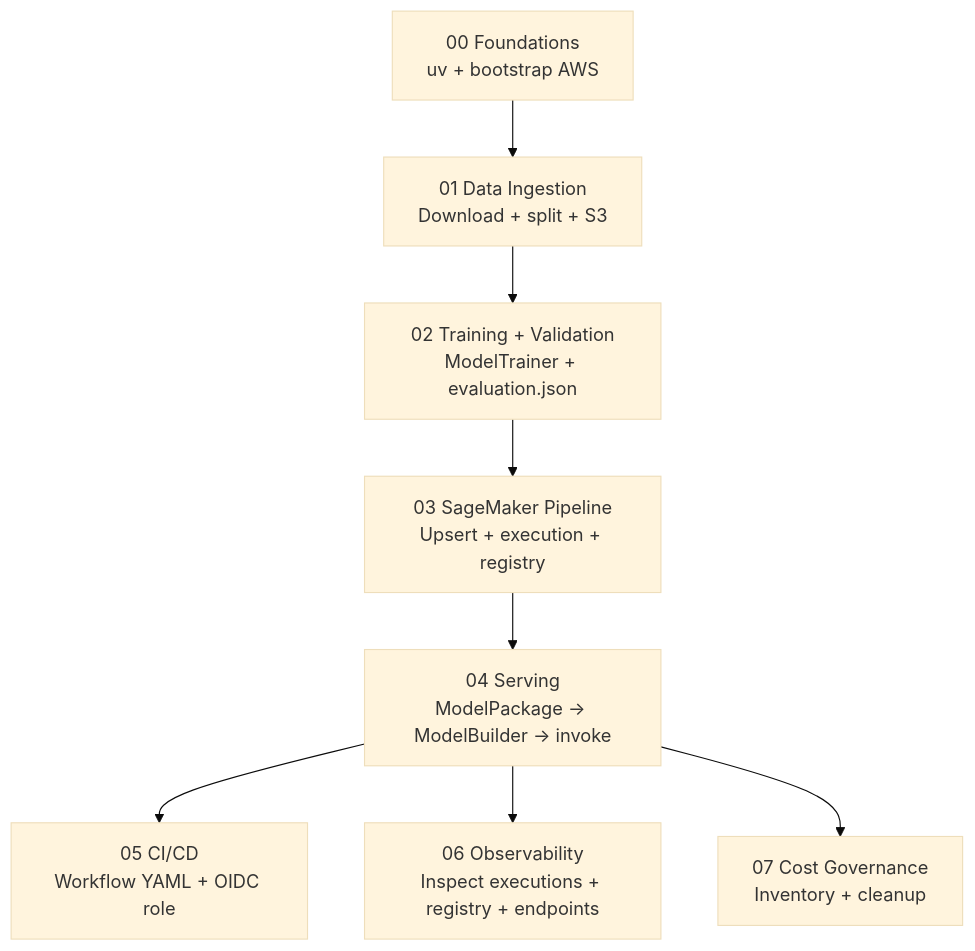
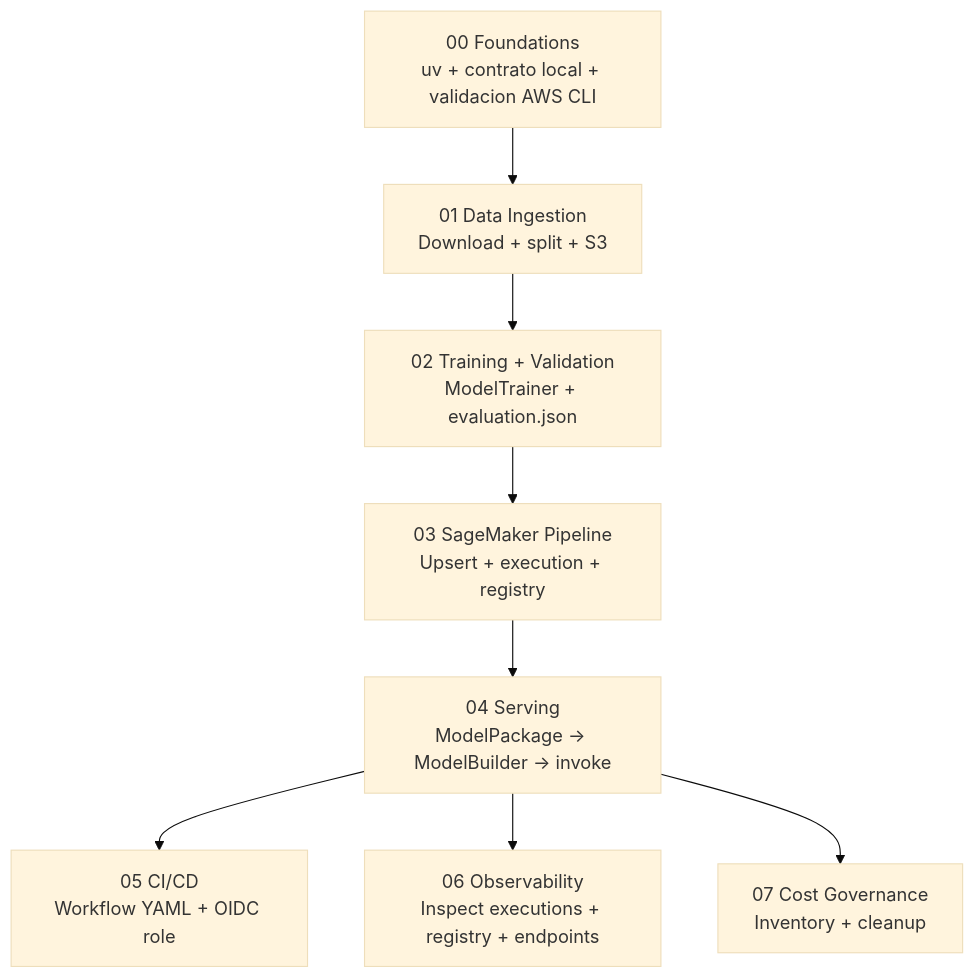
One commit to JoanClaverolVolotea/titanic_sagemaker changed the diagram in docs/tutorials/README.md. Above: the diagram before and after it, drawn with Mermaid (base theme). The commit also changed other lines of this file and 3 other files, not shown here.

Commit message:
docs: simplify tutorial foundations and IAM flow

````diff
--- a/docs/tutorials/README.md
+++ b/docs/tutorials/README.md
@@ -75,10 +77,10 @@
 ```mermaid
 flowchart TD
-  F0[00 Foundations\nuv + bootstrap AWS] --> D1[01 Data Ingestion\nDownload + split + S3]
+  F0[00 Foundations\nuv + contrato local + validacion AWS CLI] --> D1[01 Data Ingestion\nDownload + split + S3]
   D1 --> T2[02 Training + Validation\nModelTrainer + evaluation.json]
   T2 --> P3[03 SageMaker Pipeline\nUpsert + execution + registry]
   P3 --> S4[04 Serving\nModelPackage -> ModelBuilder -> invoke]
   S4 --> C5[05 CI/CD\nWorkflow YAML + OIDC role]
   S4 --> O6[06 Observability\nInspect executions + registry + endpoints]
   S4 --> G7[07 Cost Governance\nInventory + cleanup]
 ```
````
